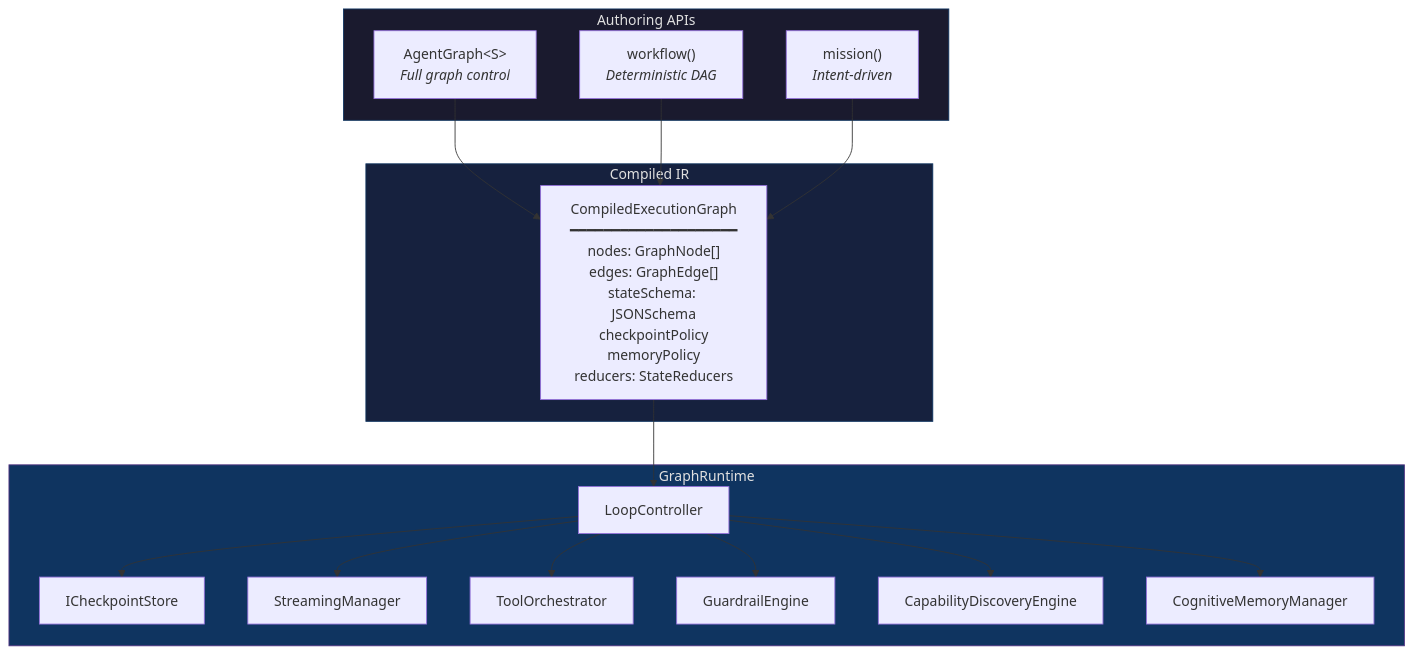
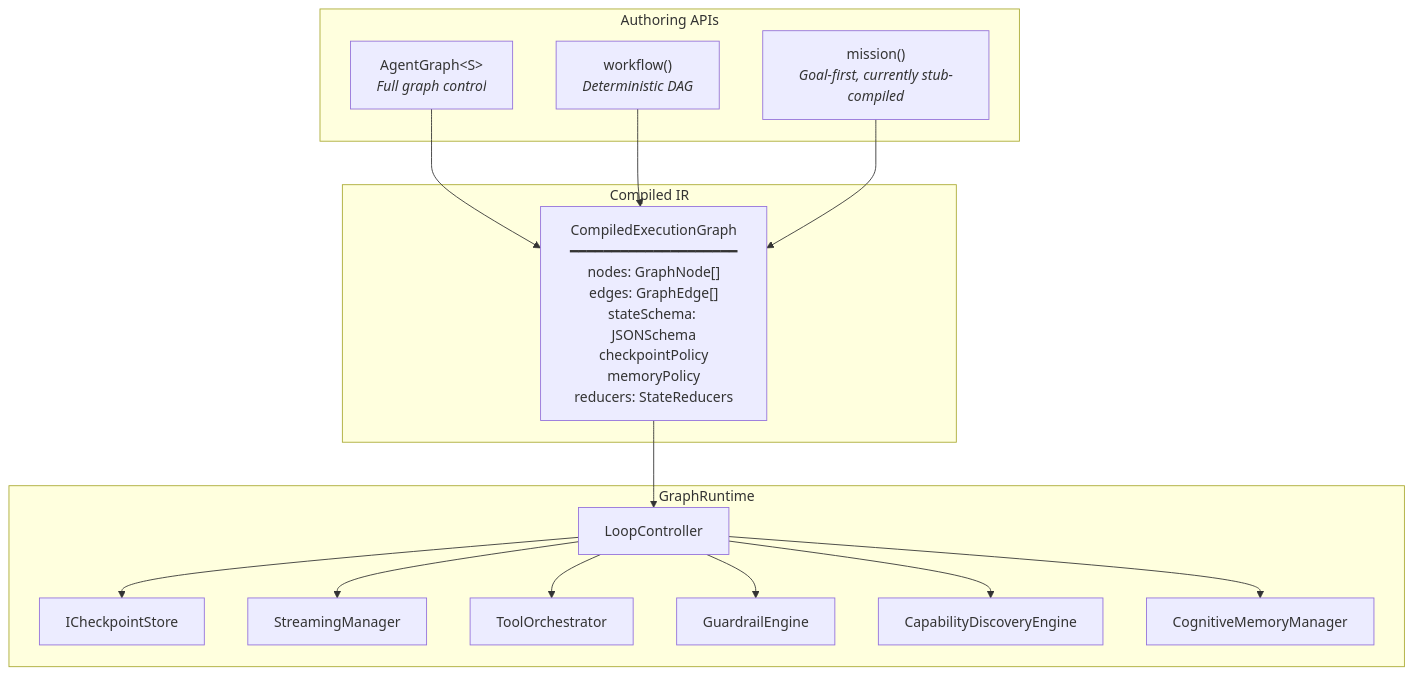
The diagram in docs/features/unified-orchestration.md (framersai/agentos-live-docs), drawn with Mermaid before and after one commit. The commit also changed other lines of this file and 1826 other files, not shown here.

````diff
--- a/docs/features/unified-orchestration.md
+++ b/docs/features/unified-orchestration.md
@@ -12,37 +21,33 @@
 ```mermaid
 graph TD
     subgraph Authoring["Authoring APIs"]
         AG["AgentGraph&lt;S&gt;<br/><em>Full graph control</em>"]
         WF["workflow()<br/><em>Deterministic DAG</em>"]
-        MS["mission()<br/><em>Intent-driven</em>"]
+        MS["mission()<br/><em>Goal-first, currently stub-compiled</em>"]
     end
 
     subgraph IR["Compiled IR"]
         CEG["CompiledExecutionGraph<br/>━━━━━━━━━━━━━━━━━━━━<br/>nodes: GraphNode[]<br/>edges: GraphEdge[]<br/>stateSchema: JSONSchema<br/>checkpointPolicy<br/>memoryPolicy<br/>reducers: StateReducers"]
     end
 
     subgraph Runtime["GraphRuntime"]
         LC["LoopController"]
         CP["ICheckpointStore"]
         SM["StreamingManager"]
         TO["ToolOrchestrator"]
         GE["GuardrailEngine"]
         CD["CapabilityDiscoveryEngine"]
         CM["CognitiveMemoryManager"]
     end
 
     AG --> CEG
     WF --> CEG
     MS --> CEG
     CEG --> LC
     LC --> CP
     LC --> SM
     LC --> TO
     LC --> GE
     LC --> CD
     LC --> CM
-
-    style Authoring fill:#1a1a2e,stroke:#0f3460,color:#e0e0e0
-    style IR fill:#16213e,stroke:#0f3460,color:#e0e0e0
-    style Runtime fill:#0f3460,stroke:#533483,color:#e0e0e0
 ```
````
